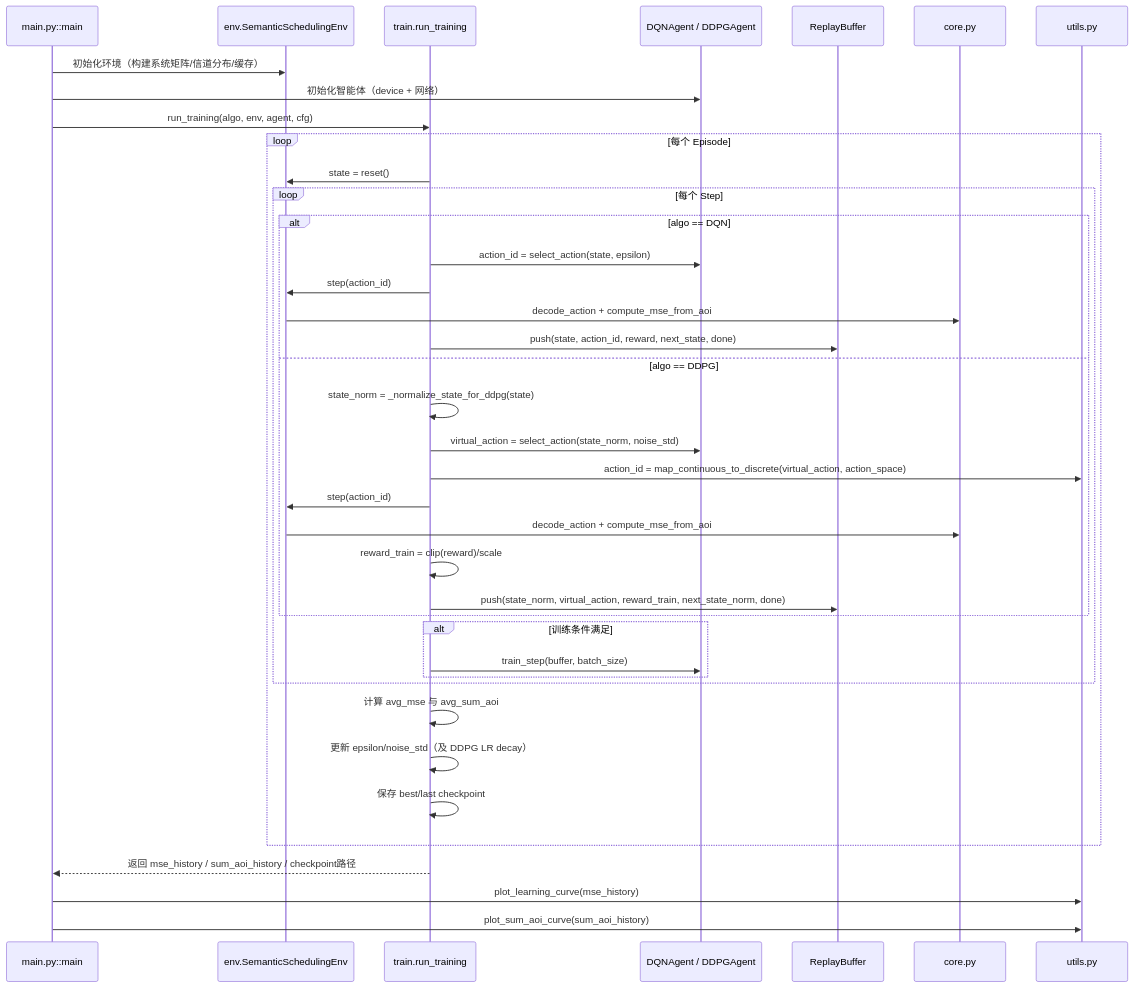
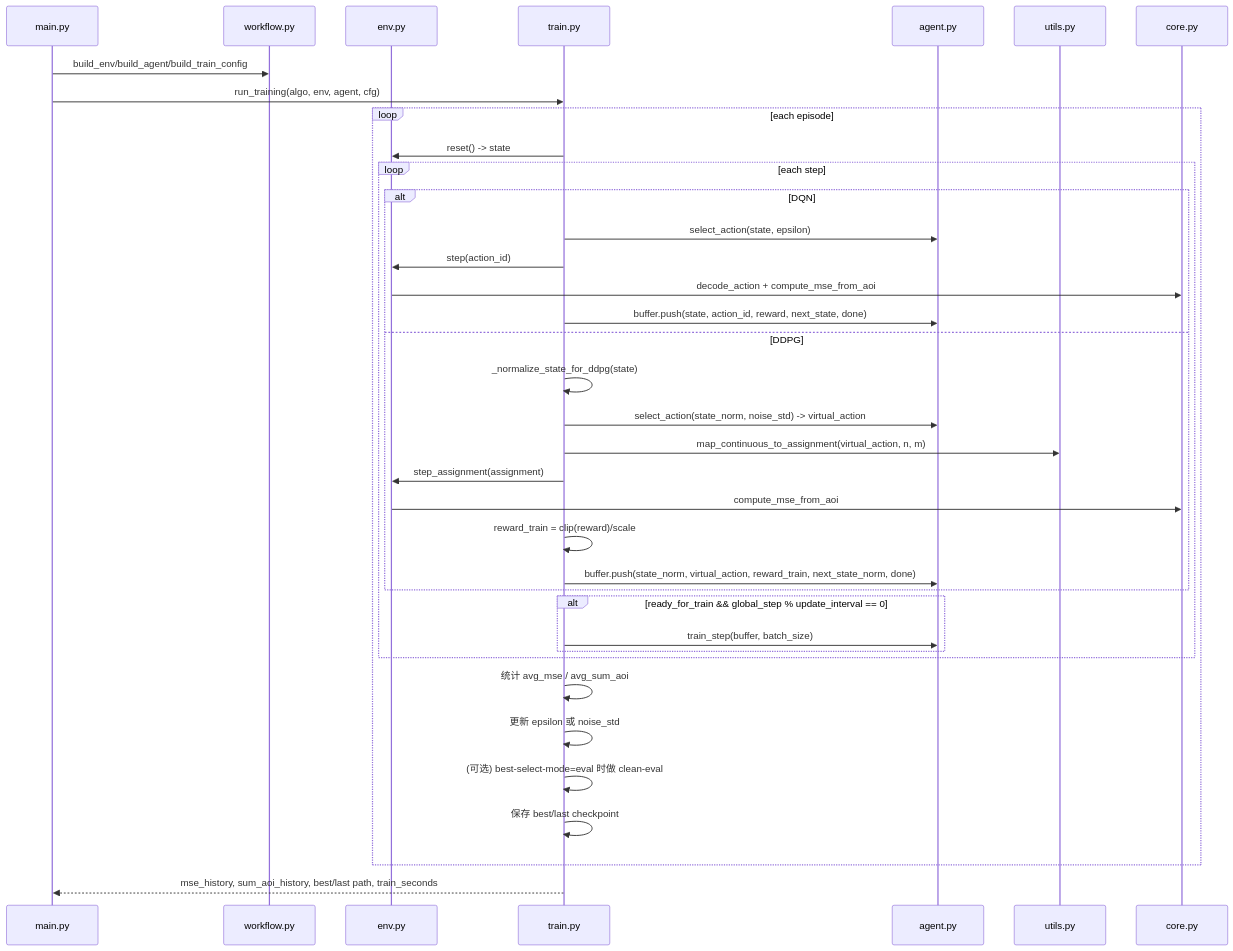
The third of 4 diagrams in results/code_dataflow_map.md (chtchtdsaad/sematic), drawn with Mermaid before and after one commit. The commit also changed other lines of this file and 43 other files, not shown here.

````diff
--- a/results/code_dataflow_map.md
+++ b/results/code_dataflow_map.md
@@ -147,47 +72,44 @@
 ```mermaid
 sequenceDiagram
-    participant Main as main.py::main
-    participant Env as env.SemanticSchedulingEnv
-    participant Train as train.run_training
-    participant Agent as DQNAgent / DDPGAgent
-    participant Buffer as ReplayBuffer
+    participant Main as main.py
+    participant WF as workflow.py
+    participant Env as env.py
+    participant Train as train.py
+    participant Agent as agent.py
+    participant Utils as utils.py
     participant Core as core.py
-    participant Utils as utils.py
 
-    Main->>Env: 初始化环境（构建系统矩阵/信道分布/缓存）
-    Main->>Agent: 初始化智能体（device + 网络）
+    Main->>WF: build_env/build_agent/build_train_config
     Main->>Train: run_training(algo, env, agent, cfg)
 
-    loop 每个 Episode
-        Train->>Env: state = reset()
-
-        loop 每个 Step
-            alt algo == DQN
-                Train->>Agent: action_id = select_action(state, epsilon)
+    loop each episode
+        Train->>Env: reset() -> state
+        loop each step
+            alt DQN
+                Train->>Agent: select_action(state, epsilon)
                 Train->>Env: step(action_id)
                 Env->>Core: decode_action + compute_mse_from_aoi
-                Train->>Buffer: push(state, action_id, reward, next_state, done)
-            else algo == DDPG
-                Train->>Train: state_norm = _normalize_state_for_ddpg(state)
-                Train->>Agent: virtual_action = select_action(state_norm, noise_std)
-                Train->>Utils: action_id = map_continuous_to_discrete(virtual_action, action_space)
-                Train->>Env: step(action_id)
-                Env->>Core: decode_action + compute_mse_from_aoi
+                Train->>Agent: buffer.push(state, action_id, reward, next_state, done)
+            else DDPG
+                Train->>Train: _normalize_state_for_ddpg(state)
+                Train->>Agent: select_action(state_norm, noise_std) -> virtual_action
+                Train->>Utils: map_continuous_to_assignment(virtual_action, n, m)
+                Train->>Env: step_assignment(assignment)
+                Env->>Core: compute_mse_from_aoi
                 Train->>Train: reward_train = clip(reward)/scale
-                Train->>Buffer: push(state_norm, virtual_action, reward_train, next_state_norm, done)
+                Train->>Agent: buffer.push(state_norm, virtual_action, reward_train, next_state_norm, done)
             end
 
-            alt 训练条件满足
+            alt ready_for_train && global_step % update_interval == 0
                 Train->>Agent: train_step(buffer, batch_size)
             end
         end
 
-        Train->>Train: 计算 avg_mse 与 avg_sum_aoi
-        Train->>Train: 更新 epsilon/noise_std（及 DDPG LR decay）
+        Train->>Train: 统计 avg_mse / avg_sum_aoi
+        Train->>Train: 更新 epsilon 或 noise_std
+        Train->>Train: (可选) best-select-mode=eval 时做 clean-eval
         Train->>Train: 保存 best/last checkpoint
     end
 
-    Train-->>Main: 返回 mse_history / sum_aoi_history / checkpoint路径
-    Main->>Utils: plot_learning_curve(mse_history)
-    Main->>Utils: plot_sum_aoi_curve(sum_aoi_history)
+    Train-->>Main: mse_history, sum_aoi_history, best/last path, train_seconds
 ```
````
